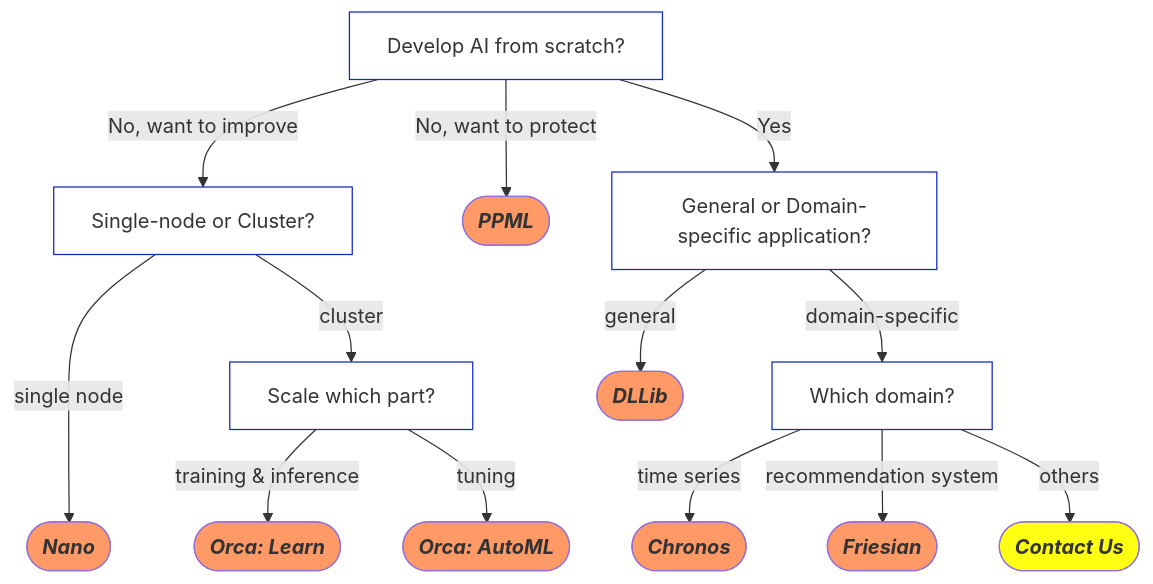
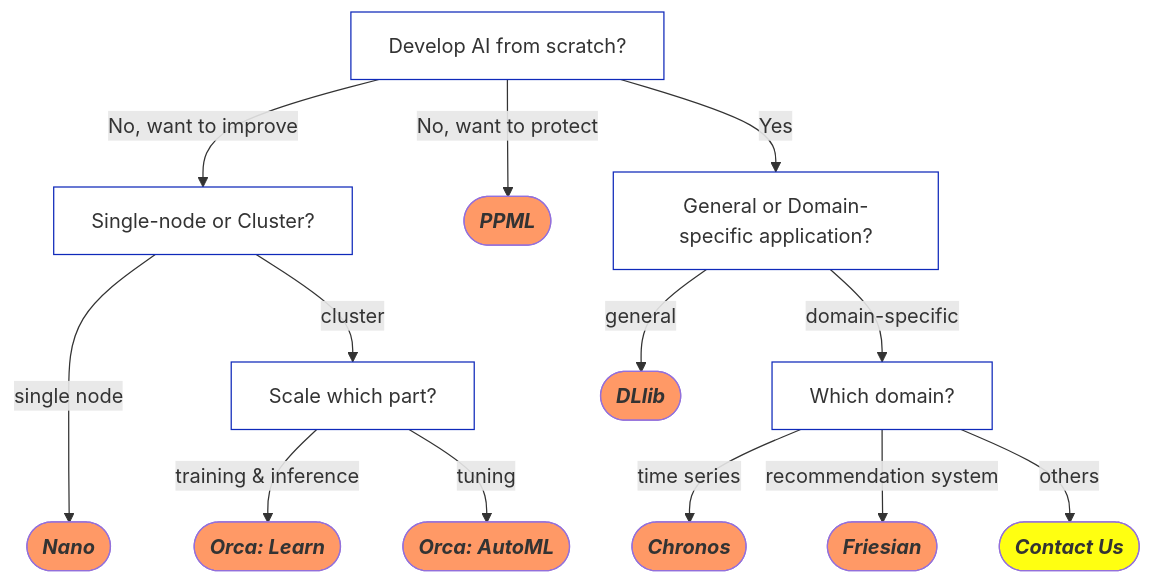
Before and after one commit to intel-analytics/ipex-llm: the diagram in README.md, drawn with Mermaid.

````diff
--- a/README.md
+++ b/README.md
@@ -47,37 +47,37 @@
 ```mermaid
 flowchart TD;
     Feature1[Develop AI from scratch?];
     
     Feature1-- No, want to improve -->Feature2[Single-node or Cluster?];
     Feature1-- No, want to protect -->ReferPPML([<em><strong>PPML</strong></em>]);
     Feature1-- Yes --> Feature3[General or Domain-specific application?];
     Feature2-- single node --->ReferNano([<em><strong>Nano</strong></em>]);
     Feature2-- cluster -->Feature5[Scale which part?];
     
     Feature5-- training & inference -->ReferOrcaLearn([<em><strong>Orca: Learn </strong></em>]);
     Feature5-- tuning -->ReferOrcaAutoml([<em><strong>Orca: AutoML </strong></em>]);
-    Feature3-- general -->ReferDLlib([<em><strong>DLLib</strong></em>]);
+    Feature3-- general -->ReferDLlib([<em><strong>DLlib</strong></em>]);
     Feature3-- domain-specific -->Feature4[Which domain?];
     Feature4-- time series -->ReferChronos([<em><strong>Chronos</strong></em>]);
     Feature4-- recommendation system -->ReferFriesian([<em><strong>Friesian</strong></em>]);
     Feature4-- others -->ReferContact([<em><strong>Contact Us</strong></em>]);
 
     
     click ReferNano "README.md#Nano" "Refer to Nano" _parent
     click ReferOrcaLearn "https://bigdl.readthedocs.io/en/latest/doc/Orca/Overview/distributed-training-inference.html"
     click ReferOrcaAutoml "https://bigdl.readthedocs.io/en/latest/doc/Orca/Overview/distributed-tuning.html"
     click ReferDLlib "https://bigdl.readthedocs.io/en/latest/doc/DLlib/Overview/dllib.html"
     click ReferRayOnSpark "https://bigdl.readthedocs.io/en/latest/doc/Ray/Overview/ray.html"
     click ReferChronos "https://bigdl.readthedocs.io/en/latest/doc/Chronos/Overview/chronos.html"
     click ReferFriesian "https://bigdl.readthedocs.io/en/latest/doc/Chronos/Overview/chronos.html"
     click ReferPPML "https://bigdl.readthedocs.io/en/latest/doc/PPML/Overview/ppml.html"
     click ReferContact "https://bigdl.readthedocs.io/"
     
     classDef ReferStyle1 fill:#f96;
     classDef ReferStyle2 fill:#FF1;
     classDef Feature fill:#FFF,stroke:#0f29ba,stroke-width:1px;
     class ReferNano,ReferOrcaLearn,ReferOrcaAutoml,ReferDLlib,ReferRayOnSpark,ReferChronos,ReferFriesian,ReferPPML ReferStyle1;
     class ReferContact, ReferStyle2
     class Feature1,Feature2,Feature3,Feature4,Feature5,Feature6,Feature7 Feature;
     
 ```
````
